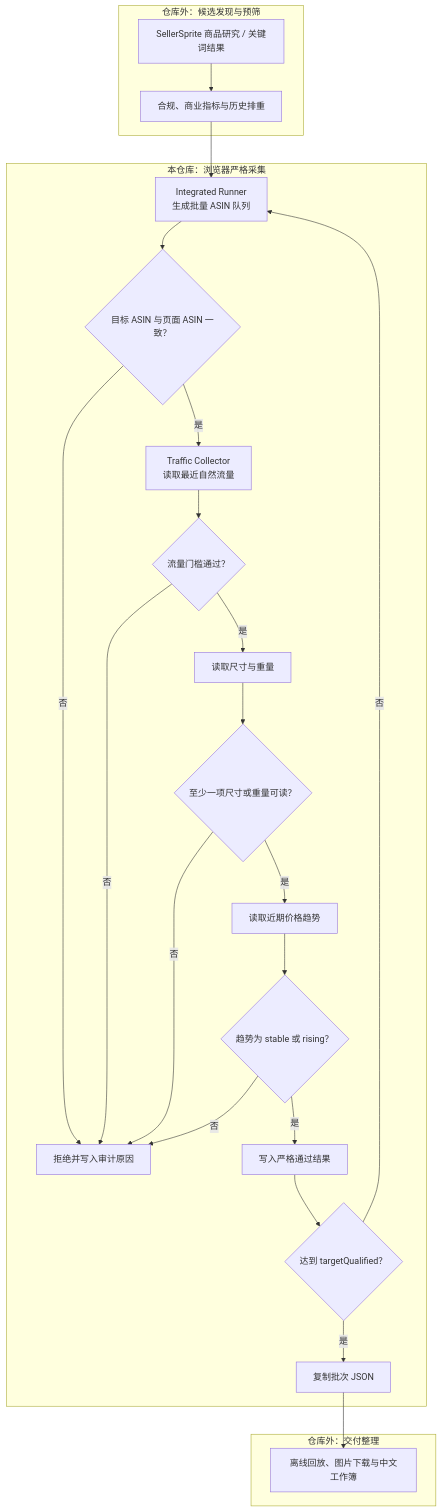
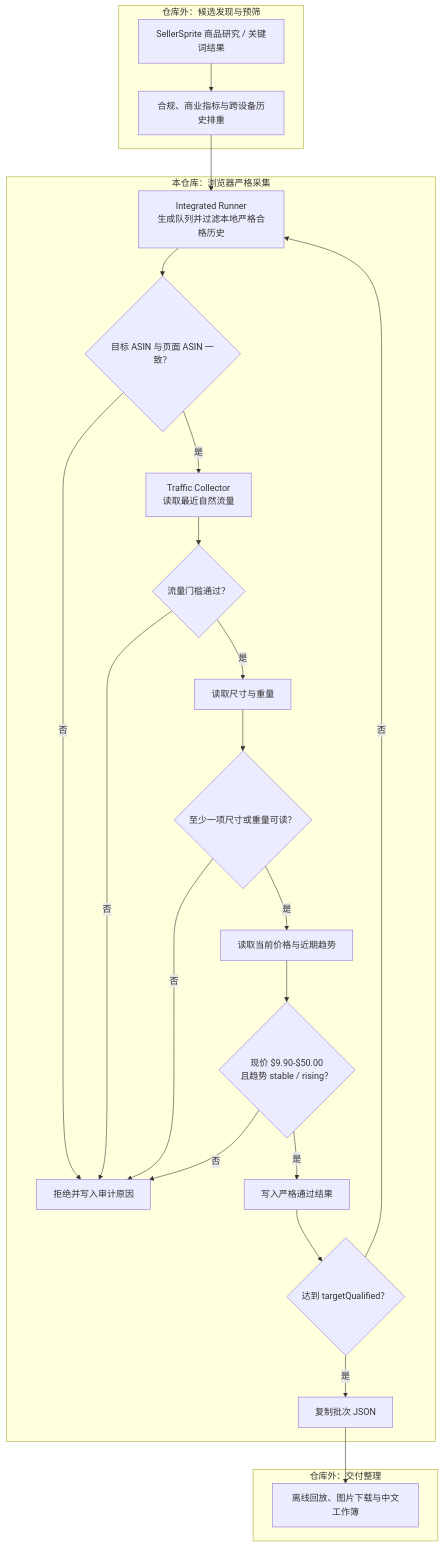
The diagram in README.md (yuanzeli695-byte/sellersprite-userscripts), drawn with Mermaid before and after one commit. The commit also changed other lines of this file and 7 other files, not shown here.

Commit message:
feat: upgrade SellerSprite userscripts and docs

````diff
--- a/README.md
+++ b/README.md
@@ -58,31 +61,31 @@
 ```mermaid
 flowchart TD
     subgraph OUTSIDE_IN["仓库外：候选发现与预筛"]
-        A["SellerSprite 商品研究 / 关键词结果"] --> B["合规、商业指标与历史排重"]
+        A["SellerSprite 商品研究 / 关键词结果"] --> B["合规、商业指标与跨设备历史排重"]
     end
 
     subgraph REPOSITORY["本仓库：浏览器严格采集"]
-        C["Integrated Runner<br/>生成批量 ASIN 队列"] --> D{"目标 ASIN 与页面 ASIN 一致？"}
+        C["Integrated Runner<br/>生成队列并过滤本地严格合格历史"] --> D{"目标 ASIN 与页面 ASIN 一致？"}
         D -- "否" --> R["拒绝并写入审计原因"]
         D -- "是" --> E["Traffic Collector<br/>读取最近自然流量"]
         E --> F{"流量门槛通过？"}
         F -- "否" --> R
         F -- "是" --> G["读取尺寸与重量"]
         G --> H{"至少一项尺寸或重量可读？"}
         H -- "否" --> R
-        H -- "是" --> I["读取近期价格趋势"]
-        I --> J{"趋势为 stable 或 rising？"}
+        H -- "是" --> I["读取当前价格与近期趋势"]
+        I --> J{"现价 $9.90-$50.00<br/>且趋势 stable / rising？"}
         J -- "否" --> R
         J -- "是" --> K["写入严格通过结果"]
         K --> L{"达到 targetQualified？"}
         L -- "否" --> C
         L -- "是" --> M["复制批次 JSON"]
     end
 
     subgraph OUTSIDE_OUT["仓库外：交付整理"]
         N["离线回放、图片下载与中文工作簿"]
     end
 
     B --> C
     M --> N
 ```
````
